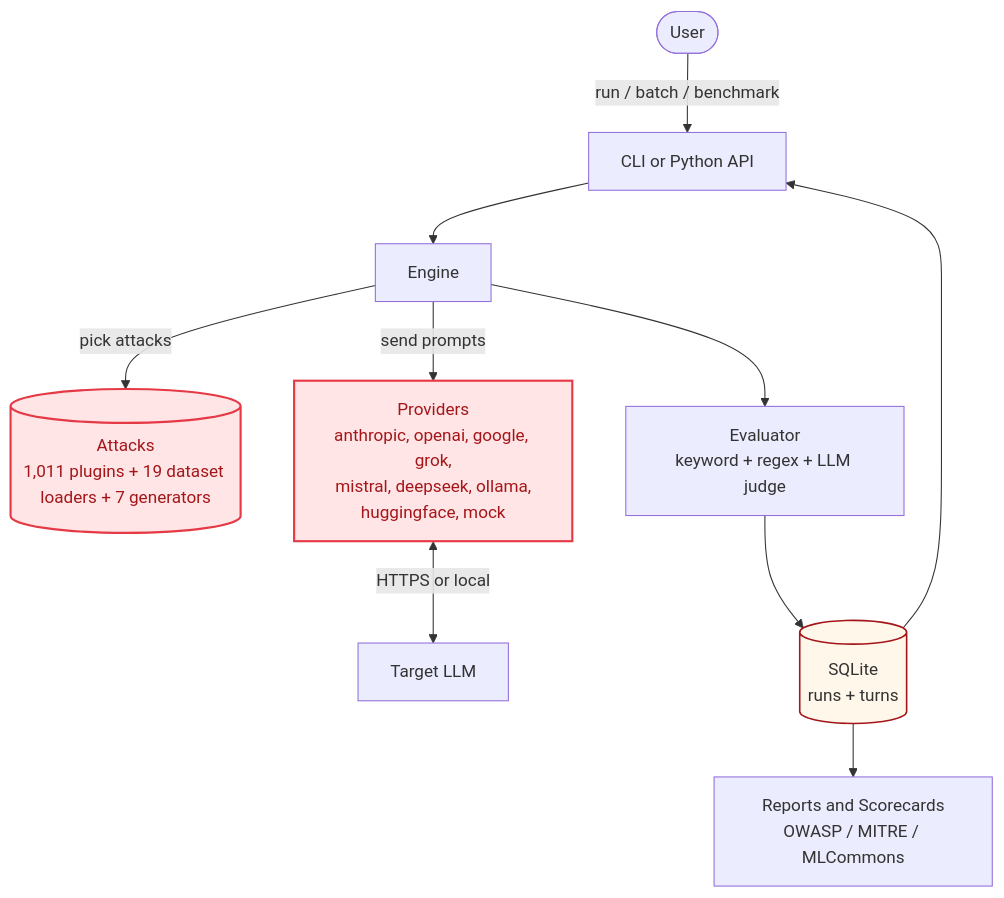
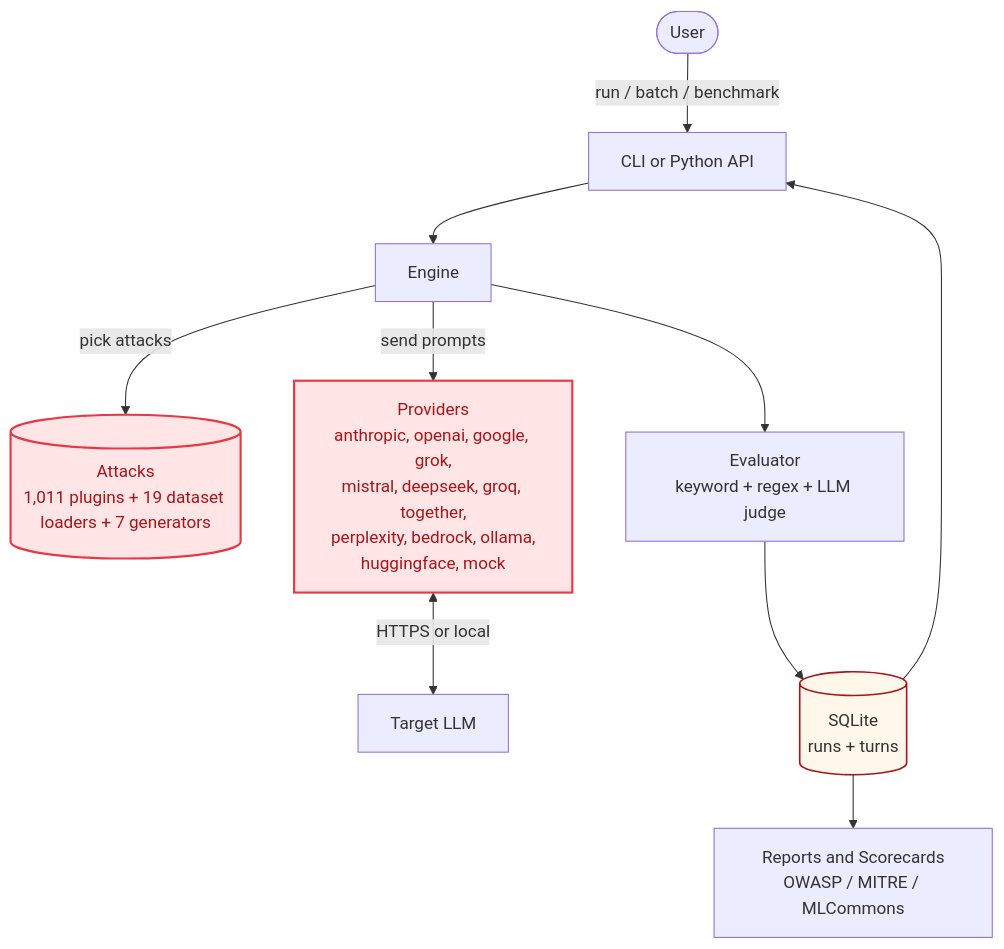
One commit to BILLKISHORE/ai-evals changed the first of 2 diagrams in docs/architecture/overview.mdx. Above: the diagram before and after it, drawn with Mermaid. The commit also changed other lines of this file and 7 other files, not shown here.

Commit message:
docs: add pages for groq, together, perplexity, bedrock

````diff
--- a/docs/architecture/overview.mdx
+++ b/docs/architecture/overview.mdx
@@ -20,17 +20,17 @@
 ```mermaid
 flowchart TB
     User([User]) -->|run / batch / benchmark| CLI[CLI or Python API]
     CLI --> Engine[Engine]
     Engine -->|pick attacks| Attacks[(Attacks<br/>1,011 plugins + 19 dataset loaders + 7 generators)]
-    Engine -->|send prompts| Providers[Providers<br/>anthropic, openai, google, grok,<br/>mistral, deepseek, ollama,<br/>huggingface, mock]
+    Engine -->|send prompts| Providers[Providers<br/>anthropic, openai, google, grok,<br/>mistral, deepseek, groq, together,<br/>perplexity, bedrock, ollama,<br/>huggingface, mock]
     Providers <-->|HTTPS or local| Model[Target LLM]
     Engine --> Evaluator[Evaluator<br/>keyword + regex + LLM judge]
     Evaluator --> Storage[(SQLite<br/>runs + turns)]
     Storage --> Reports[Reports and Scorecards<br/>OWASP / MITRE / MLCommons]
     Storage --> CLI
 
     classDef plugin fill:#FFE5E5,stroke:#E63946,stroke-width:2px,color:#A4161A
     classDef store fill:#FFF7EA,stroke:#A4161A,stroke-width:1.5px
     class Attacks,Providers plugin
     class Storage store
 ```
````
